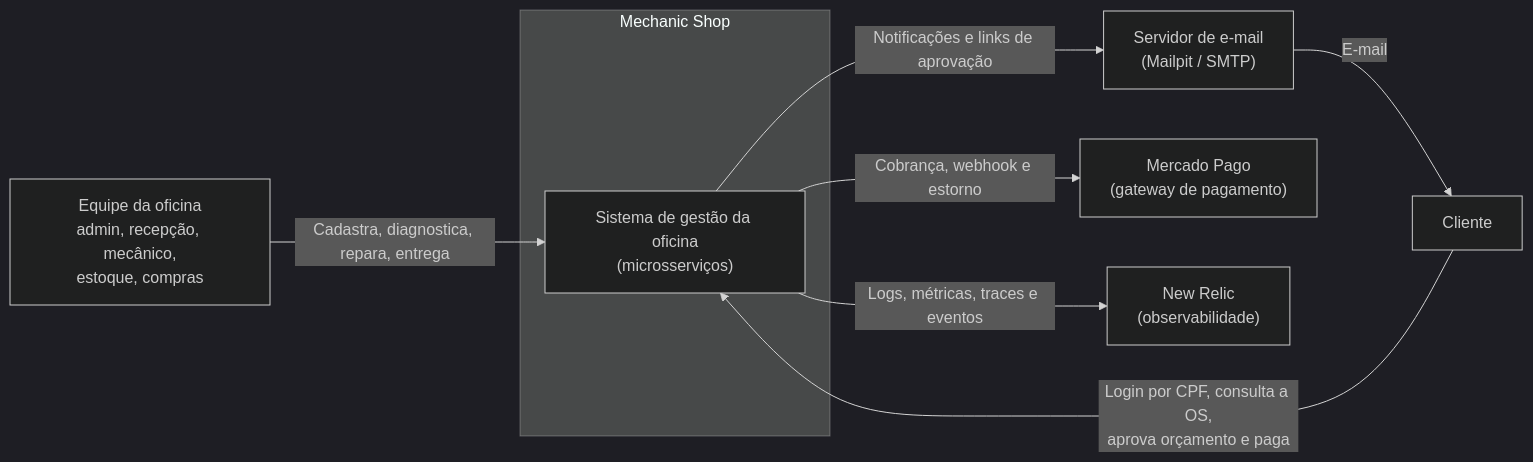
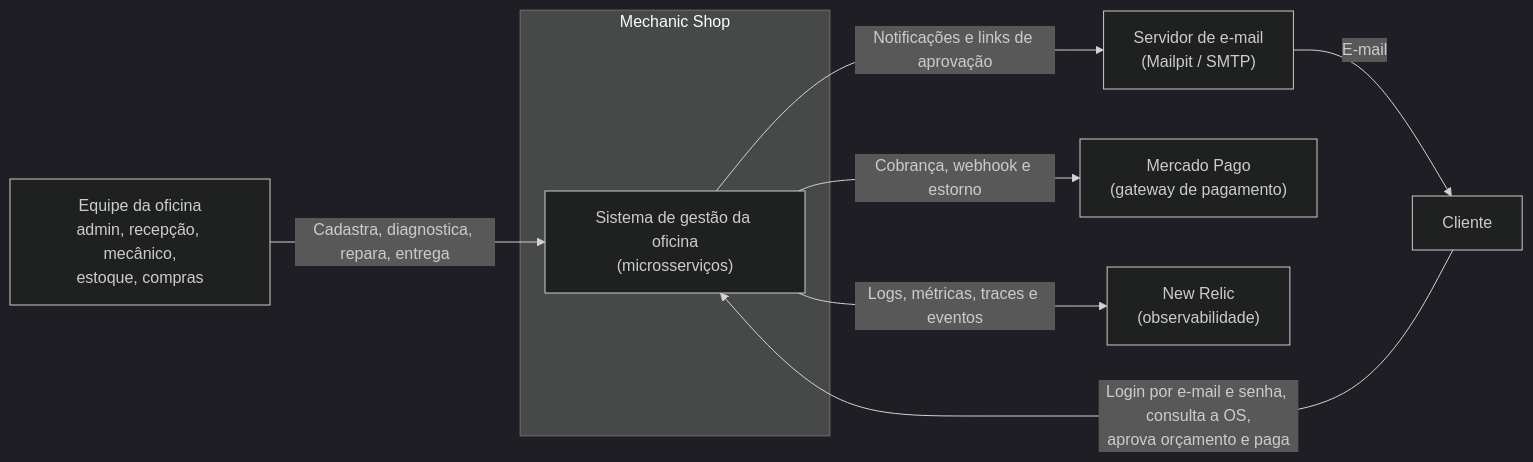
One commit to EddieMarley23/mechanic-shop-os-service changed the first of 4 diagrams in docs/architecture/c4-model.md. Above: the diagram before and after it, drawn with Mermaid (dark theme). The commit also changed other lines of this file and 13 other files, not shown here.

````diff
--- a/docs/architecture/c4-model.md
+++ b/docs/architecture/c4-model.md
@@ -14,20 +14,20 @@
 ```mermaid
 flowchart LR
     staff["Equipe da oficina<br/>admin, recepção, mecânico,<br/>estoque, compras"]
     customer["Cliente"]
 
     subgraph ms["Mechanic Shop"]
         system["Sistema de gestão da oficina<br/>(microsserviços)"]
     end
 
     email["Servidor de e-mail<br/>(Mailpit / SMTP)"]
     mp["Mercado Pago<br/>(gateway de pagamento)"]
     nr["New Relic<br/>(observabilidade)"]
 
     staff -->|"Cadastra, diagnostica, repara, entrega"| system
-    customer -->|"Login por CPF, consulta a OS,<br/>aprova orçamento e paga"| system
+    customer -->|"Login por e-mail e senha, consulta a OS,<br/>aprova orçamento e paga"| system
     system -->|"Notificações e links de aprovação"| email
     email -->|"E-mail"| customer
     system -->|"Cobrança, webhook e estorno"| mp
     system -->|"Logs, métricas, traces e eventos"| nr
 ```
````
